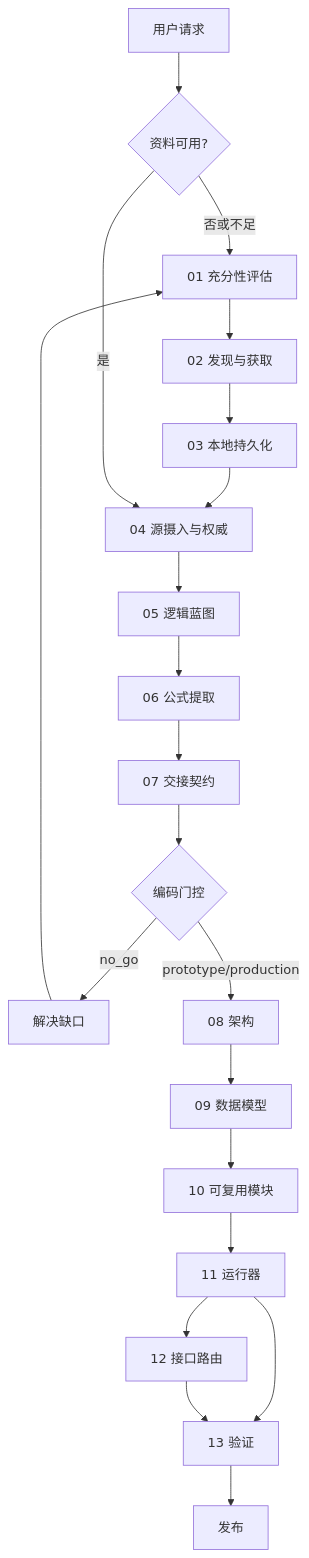
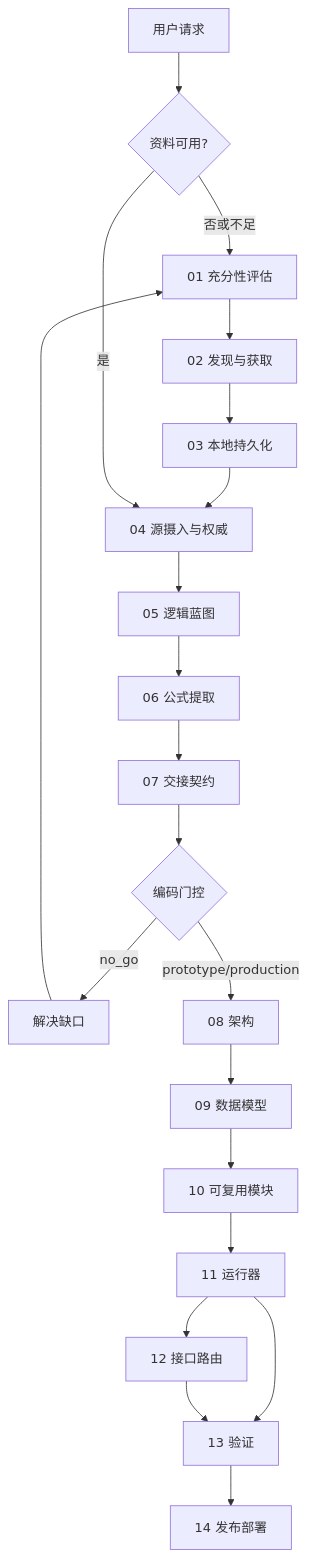
The diagram in engineering-calculation-system-skill-pack-v2.3.0/adapter_sources/qoder/.qoder/skills/engineering-calc-system/SKILL.md (nbz1147603651/engineering-calculation-system-skill-pack-v2.0.0-2), drawn with Mermaid before and after one commit. The commit also changed other lines of this file and 16 other files, not shown here.

````diff
--- a/engineering-calculation-system-skill-pack-v2.3.0/adapter_sources/qoder/.qoder/skills/engineering-calc-system/SKILL.md
+++ b/engineering-calculation-system-skill-pack-v2.3.0/adapter_sources/qoder/.qoder/skills/engineering-calc-system/SKILL.md
@@ -44,23 +45,23 @@
 ```mermaid
 flowchart TD
     A[用户请求] --> B{资料可用?}
     B -- 否或不足 --> C[01 充分性评估]
     C --> D[02 发现与获取]
     D --> E[03 本地持久化]
     E --> F[04 源摄入与权威]
     B -- 是 --> F
     F --> G[05 逻辑蓝图]
     G --> H[06 公式提取]
     H --> I[07 交接契约]
     I --> J{编码门控}
     J -- no_go --> K[解决缺口]
     K --> C
     J -- prototype/production --> L[08 架构]
     L --> M[09 数据模型]
     M --> N[10 可复用模块]
     N --> O[11 运行器]
     O --> P[12 接口路由]
     O --> Q[13 验证]
     P --> Q
-    Q --> R[发布]
+    Q --> R[14 发布部署]
 ```
````
